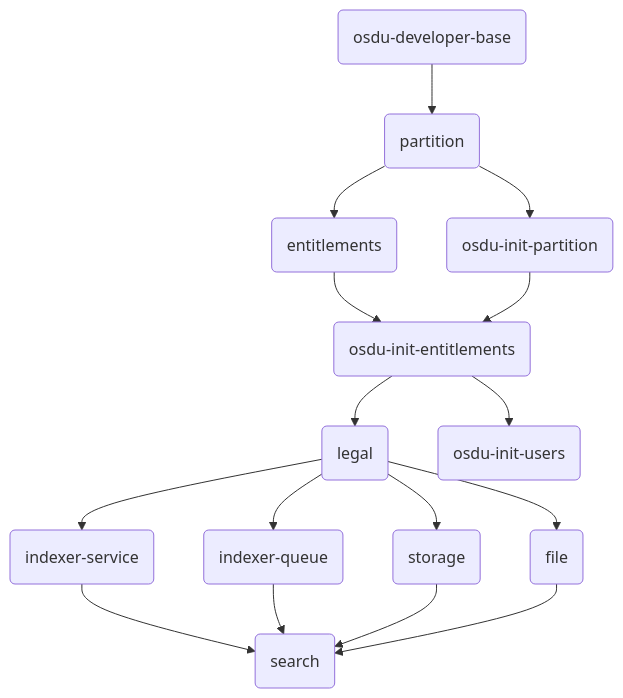
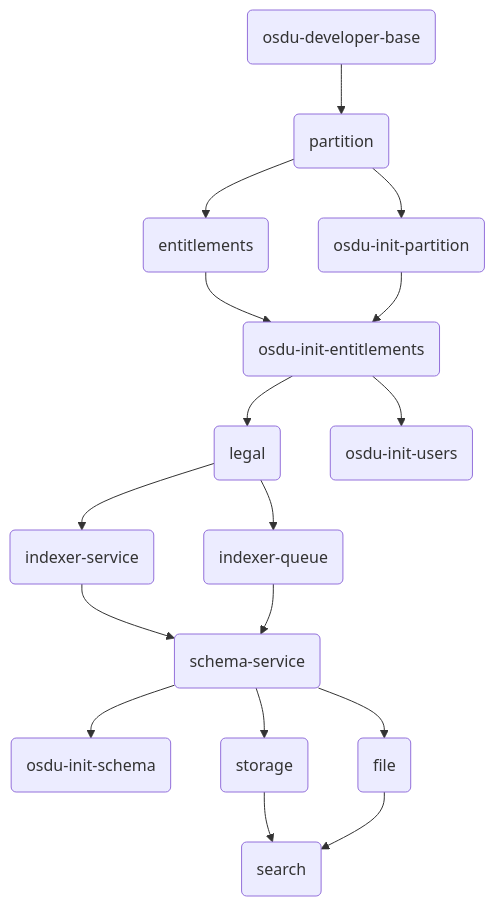
Before and after one commit to Azure/osdu-developer: the diagram in software/applications/osdu-core/README.md, drawn with Mermaid. The commit also changed 4 other files, not shown here.

Commit message:
Sequence

````diff
--- a/software/applications/osdu-core/README.md
+++ b/software/applications/osdu-core/README.md
@@ -3,31 +3,34 @@
 ```mermaid
 flowchart TD
   osdu_developer_base("osdu-developer-base")
   partition("partition")
   osdu_init_partition("osdu-init-partition")
   entitlements("entitlements")
   osdu_init_entitlements("osdu-init-entitlements")
   legal("legal")
   indexer_service("indexer-service")
   indexer_queue("indexer-queue")
+  osdu_init_users("osdu-init-users")
+  schema_service("schema-service")
+  osdu_init_schema("osdu-init-schema")
   storage("storage")
   file("file")
   search("search")
-  osdu_init_users("osdu-init-users")
 
   osdu_developer_base-->partition
   partition-->entitlements
   partition-->osdu_init_partition
   entitlements-->osdu_init_entitlements
   osdu_init_partition-->osdu_init_entitlements
   osdu_init_entitlements-->legal
   legal-->indexer_service
   legal-->indexer_queue
-  legal-->storage
-  legal-->file
-  indexer_service-->search
-  indexer_queue-->search
+  osdu_init_entitlements-->osdu_init_users
+  indexer_service-->schema_service
+  indexer_queue-->schema_service
+  schema_service-->osdu_init_schema
+  schema_service-->storage
+  schema_service-->file
   storage-->search
   file-->search
-  osdu_init_entitlements-->osdu_init_users
 ```
````
